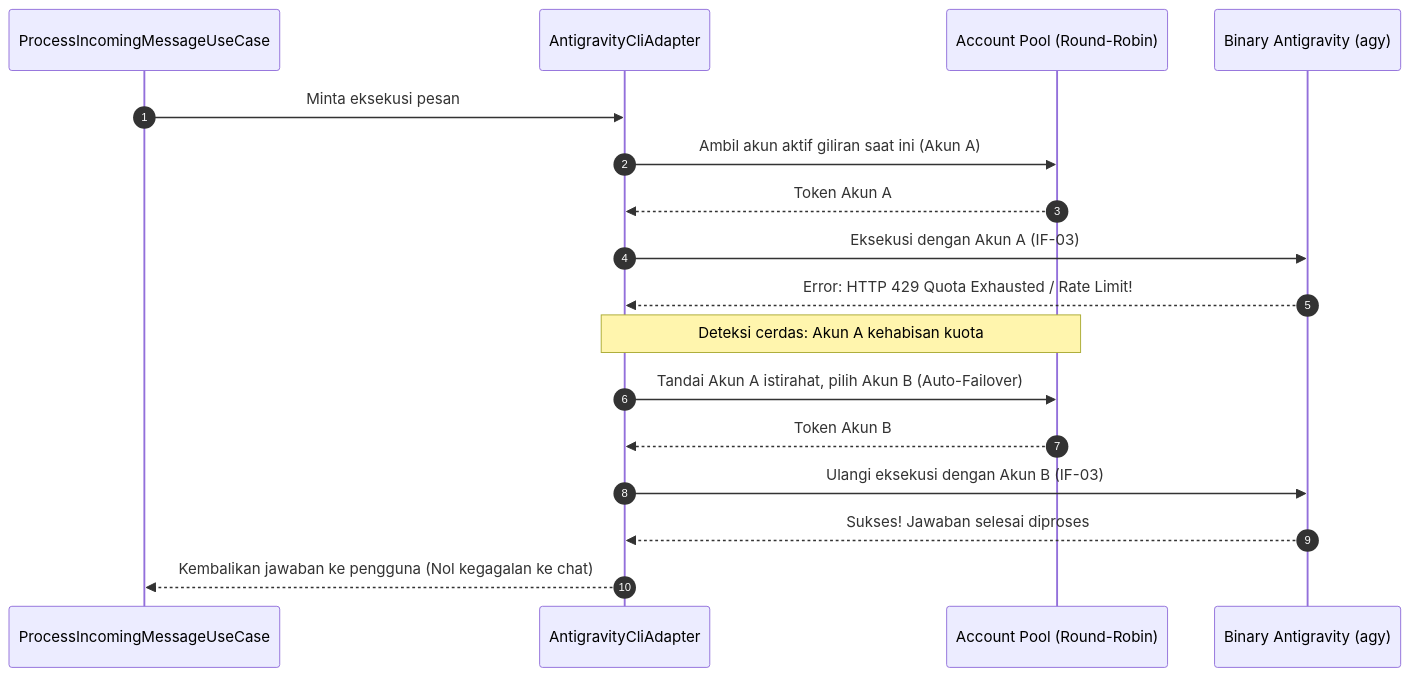
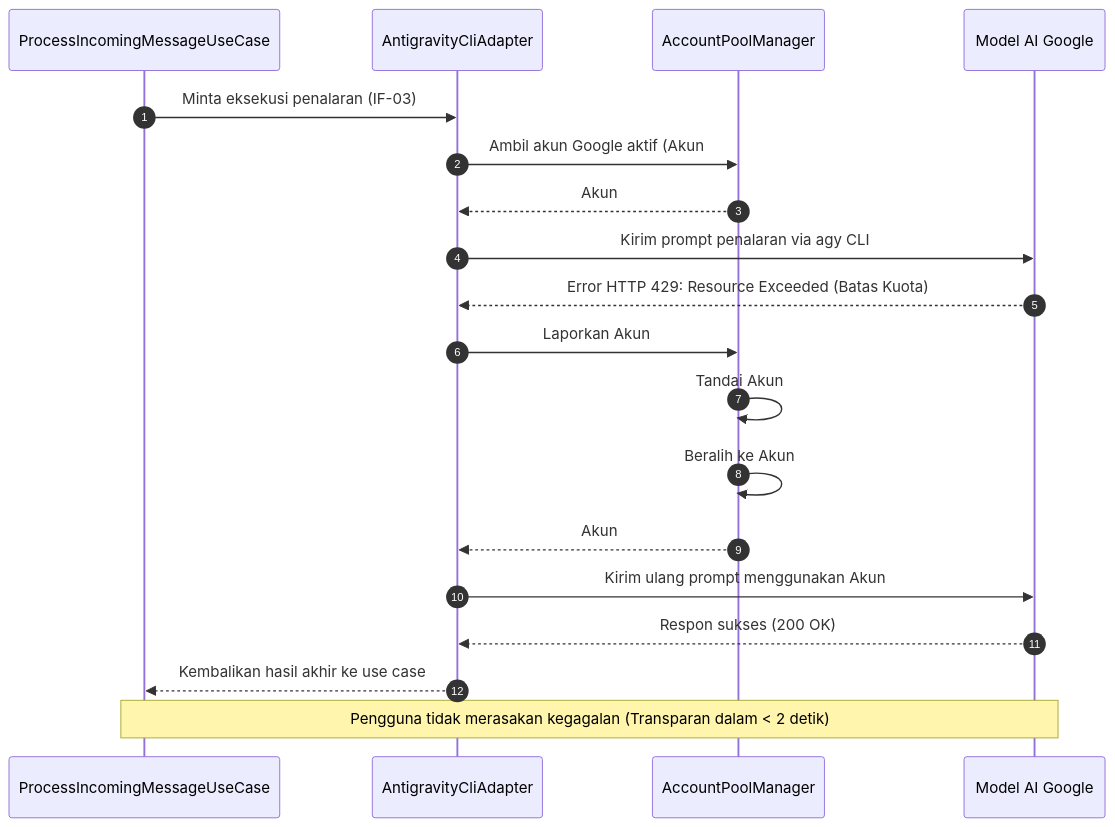
The second of 5 diagrams in docs/architecture/06_runtime_view.md (ipds6104/aina), drawn with Mermaid before and after one commit. The commit also changed other lines of this file and 11 other files, not shown here.

Commit message:
docs(arc42): update architecture documentation to baseline commit 1ee7597 with activity engine & reflection

````diff
--- a/docs/architecture/06_runtime_view.md
+++ b/docs/architecture/06_runtime_view.md
@@ -54,21 +53,22 @@
 ```mermaid
 sequenceDiagram
     autonumber
     participant UC as ProcessIncomingMessageUseCase
-    participant Adapter as AntigravityCliAdapter
-    participant Pool as Account Pool (Round-Robin)
-    participant CLI as Binary Antigravity (agy)
+    participant AGY as AntigravityCliAdapter
+    participant Pool as AccountPoolManager
+    participant Google as Model AI Google
 
-    UC->>Adapter: Minta eksekusi pesan
-    Adapter->>Pool: Ambil akun aktif giliran saat ini (Akun A)
-    Pool-->>Adapter: Token Akun A
-    Adapter->>CLI: Eksekusi dengan Akun A (IF-03)
-    CLI-->>Adapter: Error: HTTP 429 Quota Exhausted / Rate Limit!
-    
-    Note over Adapter,Pool: Deteksi cerdas: Akun A kehabisan kuota
-    Adapter->>Pool: Tandai Akun A istirahat, pilih Akun B (Auto-Failover)
-    Pool-->>Adapter: Token Akun B
-    Adapter->>CLI: Ulangi eksekusi dengan Akun B (IF-03)
-    CLI-->>Adapter: Sukses! Jawaban selesai diproses
-    Adapter-->>UC: Kembalikan jawaban ke pengguna (Nol kegagalan ke chat)
+    UC->>AGY: Minta eksekusi penalaran (IF-03)
+    AGY->>Pool: Ambil akun Google aktif (Akun #1)
+    Pool-->>AGY: Akun #1 siap digunakan
+    AGY->>Google: Kirim prompt penalaran via agy CLI
+    Google-->>AGY: Error HTTP 429: Resource Exceeded (Batas Kuota)
+    AGY->>Pool: Laporkan Akun #1 terkena limit
+    Pool->>Pool: Tandai Akun #1 non-aktif sementara
+    Pool->>Pool: Beralih ke Akun #2 (Round-Robin Failover)
+    Pool-->>AGY: Akun #2 siap digunakan
+    AGY->>Google: Kirim ulang prompt menggunakan Akun #2
+    Google-->>AGY: Respon sukses (200 OK)
+    AGY-->>UC: Kembalikan hasil akhir ke use case
+    Note over UC,Google: Pengguna tidak merasakan kegagalan (Transparan dalam < 2 detik)
 ```
````
